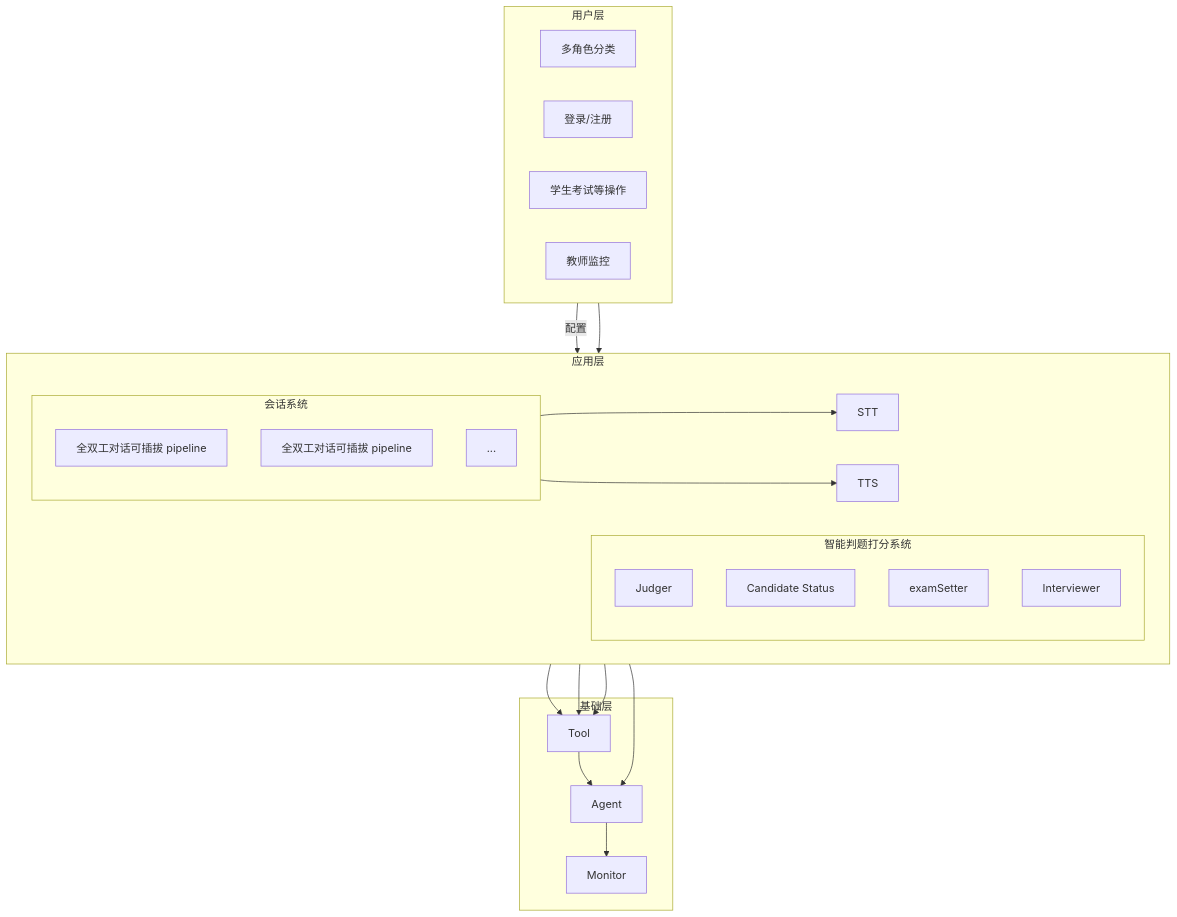
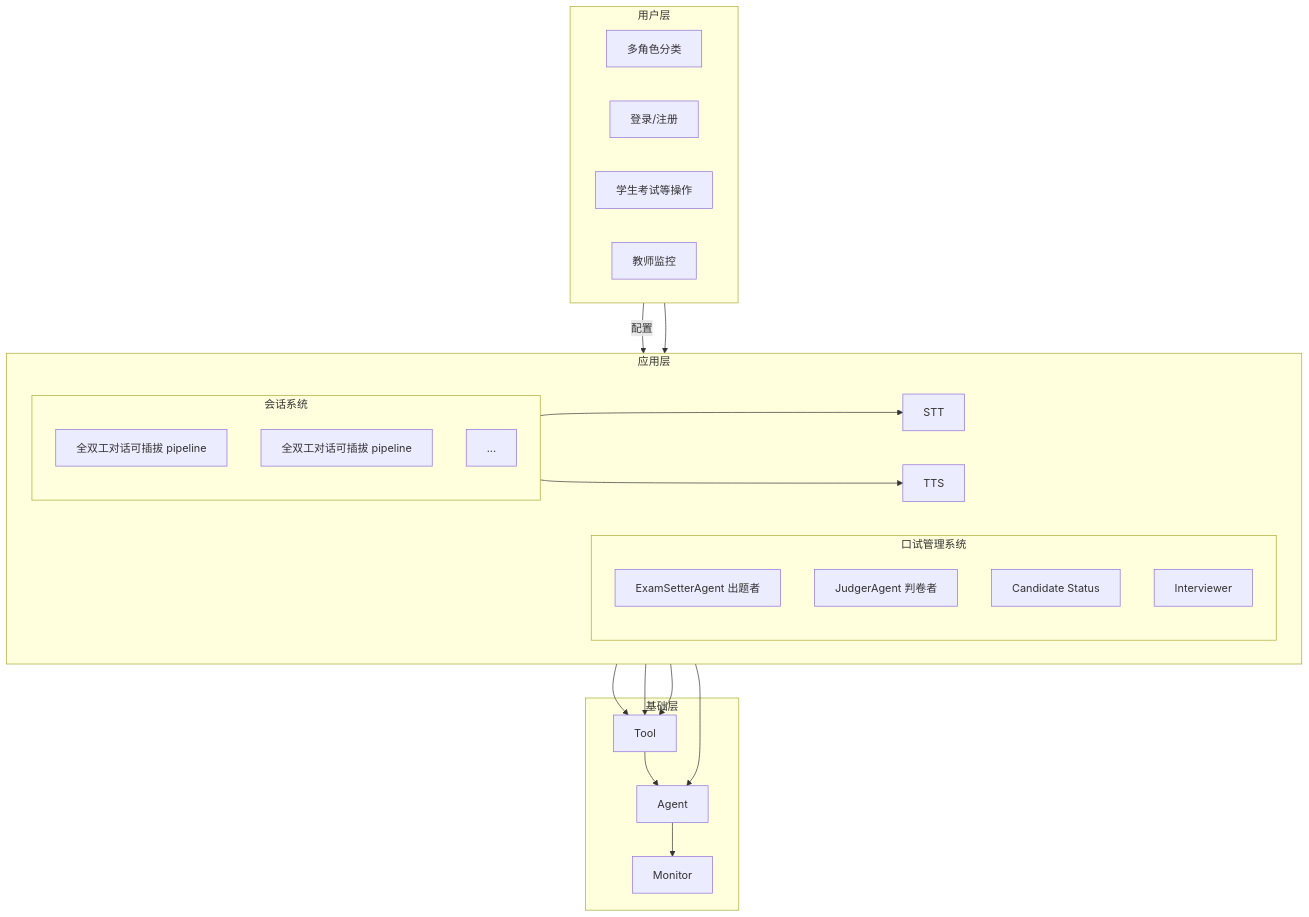
One commit to xyp-carry/AI-Oral-Exam-doc.github.io changed the diagram in content/design/_index.md. Above: the diagram before and after it, drawn with Mermaid. The commit also changed other lines of this file and 7 other files, not shown here.

```diff
--- a/content/design/_index.md
+++ b/content/design/_index.md
@@ -19,45 +19,45 @@
 {{< mermaid >}}
 flowchart TB
   subgraph UserLayer["用户层"]
     Role["多角色分类"]
     Auth["登录/注册"]
     StudentOps["学生考试等操作"]
     TeacherMonitor["教师监控"]
   end
 
   subgraph AppLayer["应用层"]
     direction LR
-    subgraph Scoring["智能判题打分系统"]
-      Judger["Judger"]
+    subgraph OralManagement["口试管理系统"]
+      ExamSetterAgent["ExamSetterAgent 出题者"]
+      JudgerAgent["JudgerAgent 判卷者"]
       CandidateStatus["Candidate Status"]
-      ExamSetter["examSetter"]
       Interviewer["Interviewer"]
     end
 
     subgraph Session["会话系统"]
       PipelineA["全双工对话可插拔 pipeline"]
       PipelineB["全双工对话可插拔 pipeline"]
       More["..."]
     end
 
     STT["STT"]
     TTS["TTS"]
   end
 
   subgraph BaseLayer["基础层"]
     Tool["Tool"]
     Agent["Agent"]
     Monitor["Monitor"]
   end
 
-  UserLayer -->|"配置"| Scoring
+  UserLayer -->|"配置"| OralManagement
   UserLayer --> Session
-  Scoring --> Tool
-  Scoring --> Agent
+  OralManagement --> Agent
+  OralManagement --> Tool
   Session --> STT
   Session --> TTS
   STT --> Tool
   TTS --> Tool
   Tool --> Agent
   Agent --> Monitor
 {{< /mermaid >}}
```
